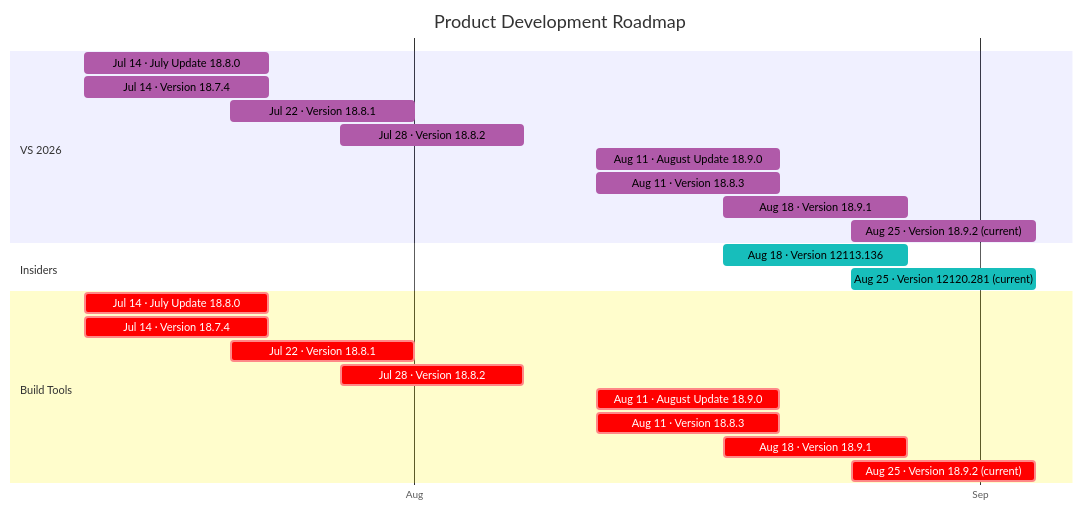
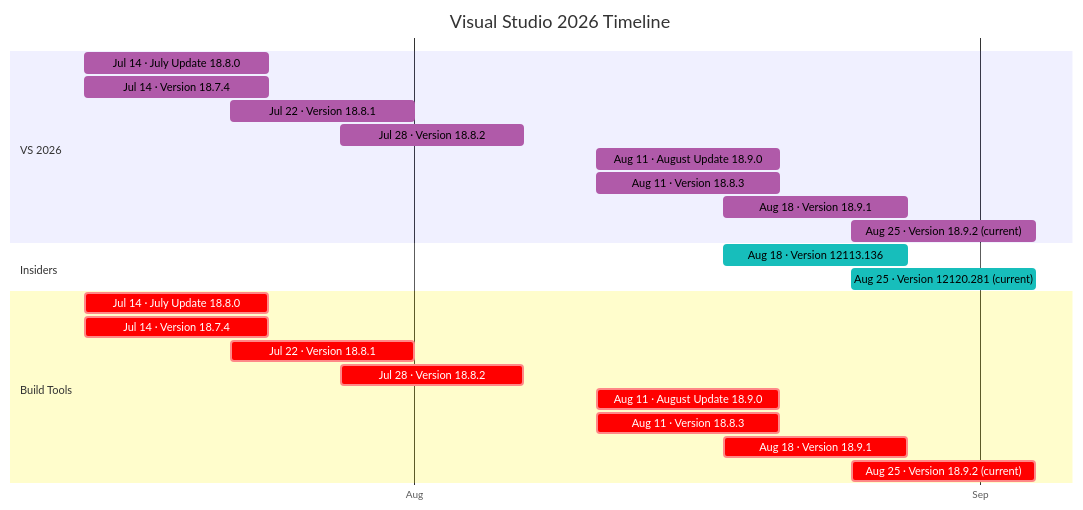
The diagram in docs/visual-studio-2026.md (Oxelya-DevTools/VisualStudioUpdate), drawn with Mermaid before and after one commit. The commit also changed 2 other files, not shown here.

Commit message:
Update generated release feeds

````diff
--- a/docs/visual-studio-2026.md
+++ b/docs/visual-studio-2026.md
@@ -9,29 +9,29 @@
 ```mermaid
 %%{init: {'theme':'default','themeVariables': { 'fontFamily': 'Segoe UI', 'fontSize': '24px', 'taskTextColor': '#FFFFFF', 'taskBkgColor': '#22B8CF', 'taskBorderColor': '#22B8CF', 'doneTaskBkgColor': '#B05AA9', 'doneTaskBorderColor': '#B05AA9', 'activeTaskBkgColor': '#17BEBB', 'activeTaskBorderColor': '#17BEBB', 'critTaskBkgColor': '#FF6B57', 'critTaskBorderColor': '#FF6B57' }}}%%
 gantt
-    title Product Development Roadmap
+    title Visual Studio 2026 Timeline
     dateFormat  YYYY-MM-DD
     axisFormat  %b
     tickInterval 1month
     section VS 2026
     Jul 14 · July Update 18.8.0 : done, vs2026202607140, 2026-07-14, 10d
     Jul 14 · Version 18.7.4 : done, vs2026202607141, 2026-07-14, 10d
     Jul 22 · Version 18.8.1 : done, vs2026202607222, 2026-07-22, 10d
     Jul 28 · Version 18.8.2 : done, vs2026202607283, 2026-07-28, 10d
     Aug 11 · August Update 18.9.0 : done, vs2026202608114, 2026-08-11, 10d
     Aug 11 · Version 18.8.3 : done, vs2026202608115, 2026-08-11, 10d
     Aug 18 · Version 18.9.1 : done, vs2026202608186, 2026-08-18, 10d
     Aug 25 · Version 18.9.2 (current) : done, vs2026202608257, 2026-08-25, 10d
     section Insiders
     Aug 18 · Version 12113.136 : active, insiders202608180, 2026-08-18, 10d
     Aug 25 · Version 12120.281 (current) : active, insiders202608251, 2026-08-25, 10d
     section Build Tools
     Jul 14 · July Update 18.8.0 : crit, buildtools202607140, 2026-07-14, 10d
     Jul 14 · Version 18.7.4 : crit, buildtools202607141, 2026-07-14, 10d
     Jul 22 · Version 18.8.1 : crit, buildtools202607222, 2026-07-22, 10d
     Jul 28 · Version 18.8.2 : crit, buildtools202607283, 2026-07-28, 10d
     Aug 11 · August Update 18.9.0 : crit, buildtools202608114, 2026-08-11, 10d
     Aug 11 · Version 18.8.3 : crit, buildtools202608115, 2026-08-11, 10d
     Aug 18 · Version 18.9.1 : crit, buildtools202608186, 2026-08-18, 10d
     Aug 25 · Version 18.9.2 (current) : crit, buildtools202608257, 2026-08-25, 10d
 ```
````
